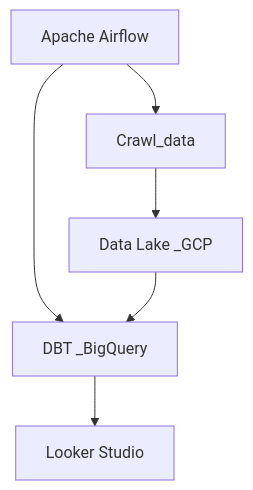
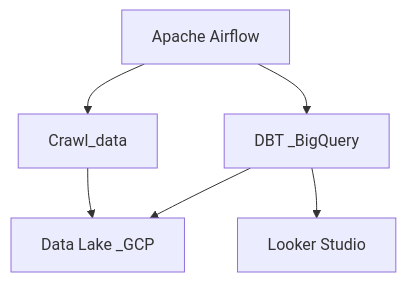
Before and after one commit to pKietDE/bds-dbt-bq-looker: the diagram in README.md, drawn with Mermaid.

````diff
--- a/README.md
+++ b/README.md
@@ -73,9 +73,9 @@
 ```mermaid
 graph TD
     A[Apache Airflow] --> C[DBT _BigQuery]
     A --> E[Crawl_data]
     E --> B
-    B[Data Lake _GCP] --> C
+    C --> B[Data Lake _GCP]
     C --> D[Looker Studio]
 
 ```
````
